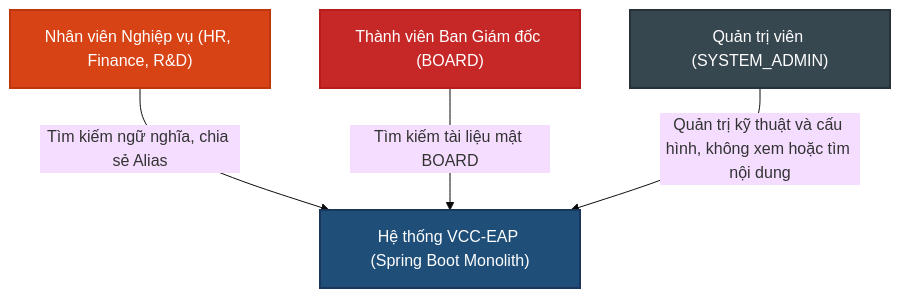
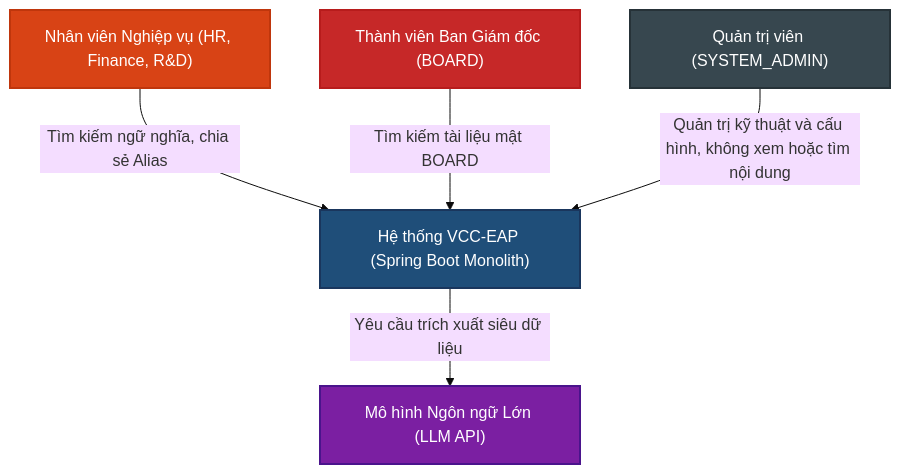
Before and after one commit to thanhhuong1523/enterprise-ai-systems: the first of 3 diagrams in eap/docs/week4/architecture_design.md, drawn with Mermaid (base theme). The commit also changed other lines of this file and 87 other files, not shown here.

````diff
--- a/eap/docs/week4/architecture_design.md
+++ b/eap/docs/week4/architecture_design.md
@@ -111,17 +117,20 @@
 ```mermaid
 graph TD
     Employee["Nhân viên Nghiệp vụ (HR, Finance, R&D)"]
     BoardUser["Thành viên Ban Giám đốc (BOARD)"]
     SysAdmin["Quản trị viên (SYSTEM_ADMIN)"]
 
     SystemEAP["Hệ thống VCC-EAP (Spring Boot Monolith)"]
+    LLM_Service["Mô hình Ngôn ngữ Lớn (LLM API)"]
 
     Employee -->|Tìm kiếm ngữ nghĩa, chia sẻ Alias| SystemEAP
     BoardUser -->|Tìm kiếm tài liệu mật BOARD| SystemEAP
     SysAdmin -->|Quản trị kỹ thuật và cấu hình, không xem hoặc tìm nội dung| SystemEAP
+    SystemEAP -->|Yêu cầu trích xuất siêu dữ liệu| LLM_Service
 
     style SystemEAP fill:#1F4E79,stroke:#1A365D,stroke-width:2px,color:#FFFFFF
     style Employee fill:#D84315,stroke:#BF360C,stroke-width:2px,color:#FFFFFF
     style BoardUser fill:#C62828,stroke:#B71C1C,stroke-width:2px,color:#FFFFFF
     style SysAdmin fill:#37474F,stroke:#263238,stroke-width:2px,color:#FFFFFF
+    style LLM_Service fill:#7B1FA2,stroke:#4A148C,stroke-width:2px,color:#FFFFFF
 ```
````
